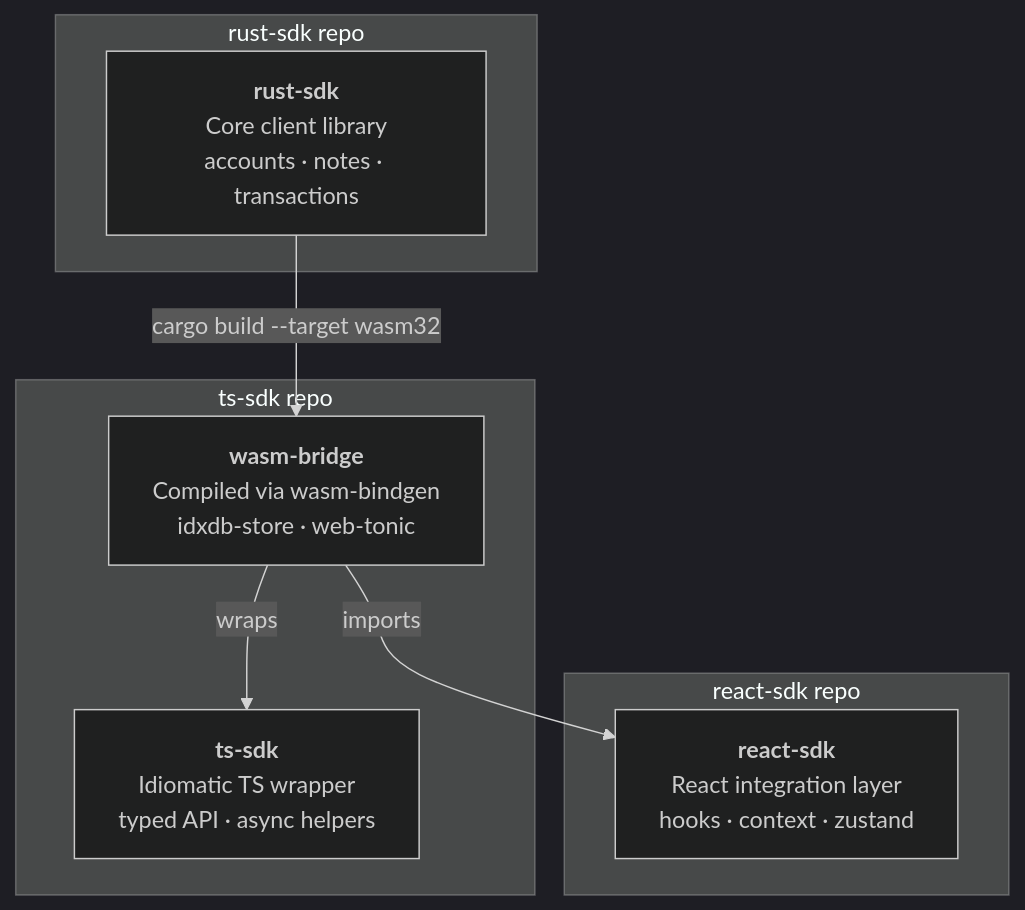
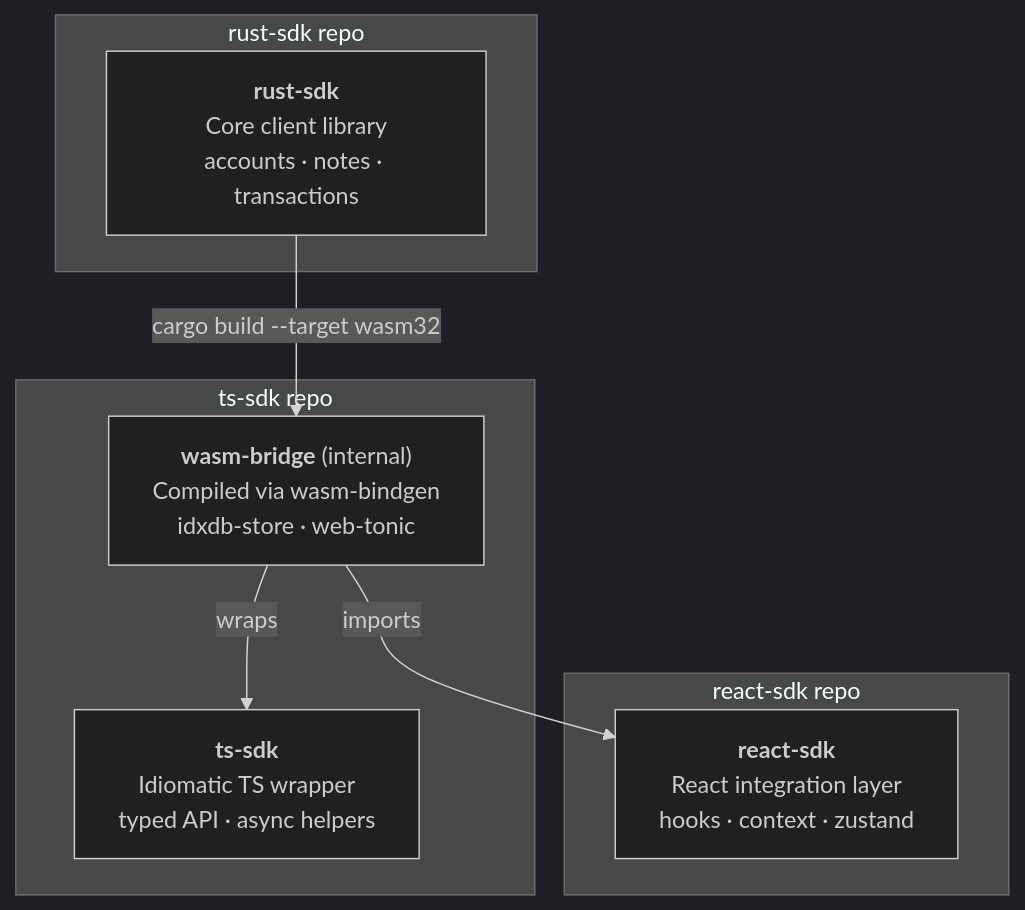
One commit to 0xMiden/miden-client changed the diagram in README.md. Above: the diagram before and after it, drawn with Mermaid (dark theme).

Commit message:
docs: mark wasm-bridge as internal in diagram

````diff
--- a/README.md
+++ b/README.md
@@ -19,19 +19,19 @@
 ```mermaid
 graph TB
     subgraph rust-sdk-repo["rust-sdk repo"]
         rust-sdk["<b>rust-sdk</b><br/>Core client library<br/>accounts · notes · transactions"]
     end
 
     subgraph ts-sdk-repo["ts-sdk repo"]
-        wasm-bridge["<b>wasm-bridge</b><br/>Compiled via wasm-bindgen<br/>idxdb-store · web-tonic"]
+        wasm-bridge["<b>wasm-bridge</b> (internal)<br/>Compiled via wasm-bindgen<br/>idxdb-store · web-tonic"]
         ts-sdk["<b>ts-sdk</b><br/>Idiomatic TS wrapper<br/>typed API · async helpers"]
     end
 
     subgraph react-sdk-repo["react-sdk repo"]
         react-sdk["<b>react-sdk</b><br/>React integration layer<br/>hooks · context · zustand"]
     end
 
     rust-sdk -- "cargo build --target wasm32" --> wasm-bridge
     wasm-bridge -- "wraps" --> ts-sdk
     wasm-bridge -- "imports" --> react-sdk
 ```
````
